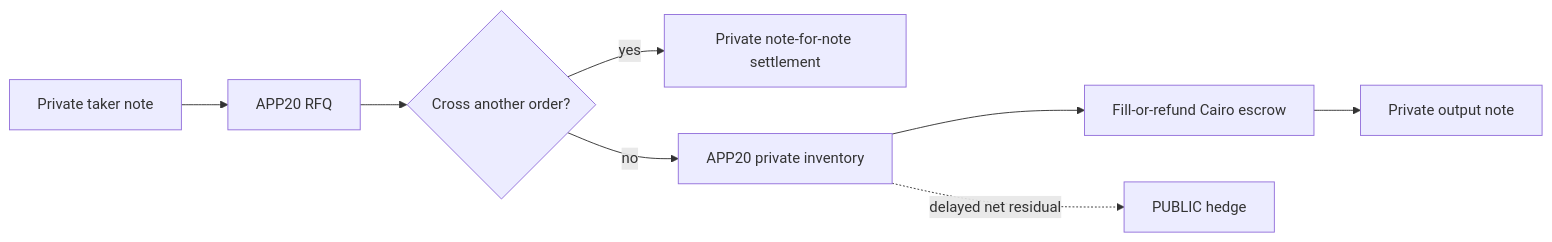
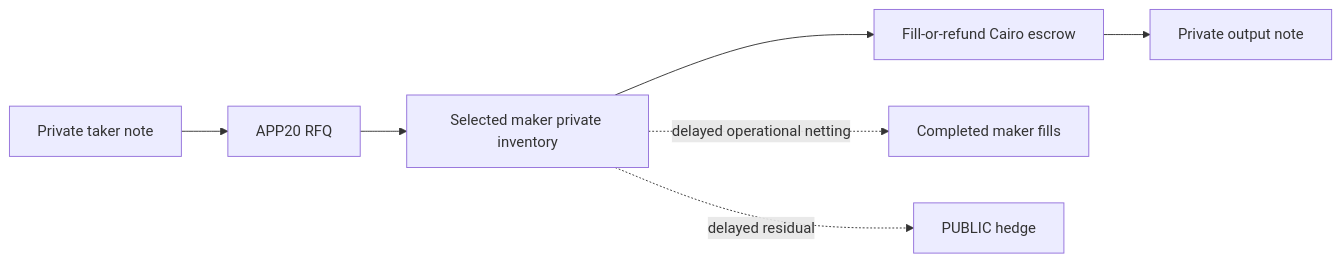
Before and after one commit to gstohl/app20: the ninth of 10 diagrams in docs/APP20_SWAP_FLOWS.md, drawn with Mermaid. The commit also changed other lines of this file and 238 other files, not shown here.

````diff
--- a/docs/APP20_SWAP_FLOWS.md
+++ b/docs/APP20_SWAP_FLOWS.md
@@ -218,10 +218,9 @@
 ```mermaid
 flowchart LR
   T[Private taker note] --> Q[APP20 RFQ]
-  Q --> C{Cross another order?}
-  C -->|yes| X[Private note-for-note settlement]
-  C -->|no| I[APP20 private inventory]
+  Q --> I[Selected maker private inventory]
   I --> E[Fill-or-refund Cairo escrow]
   E --> U[Private output note]
-  I -. delayed net residual .-> H[PUBLIC hedge]
+  I -. delayed operational netting .-> N[Completed maker fills]
+  I -. delayed residual .-> H[PUBLIC hedge]
 ```
````
